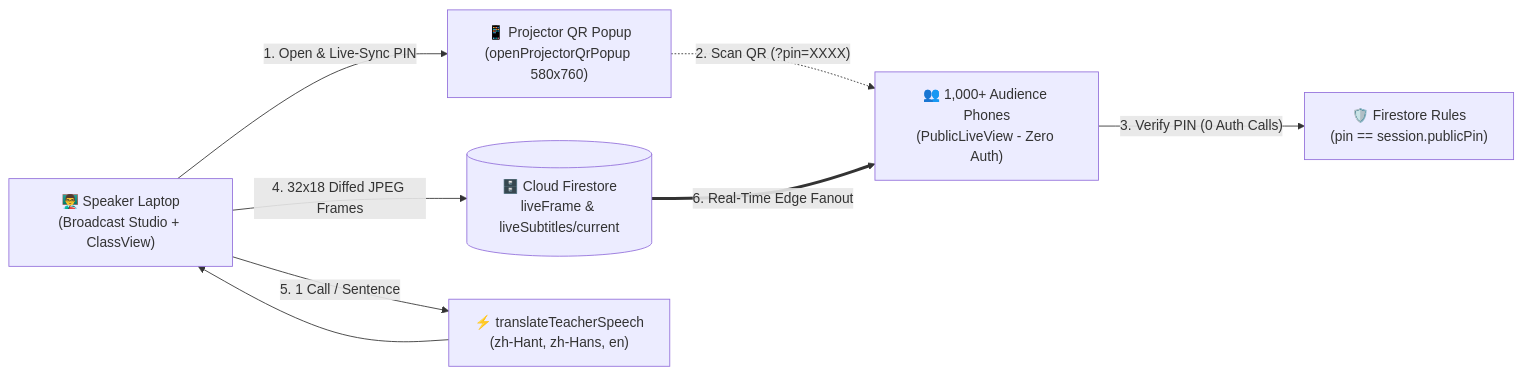
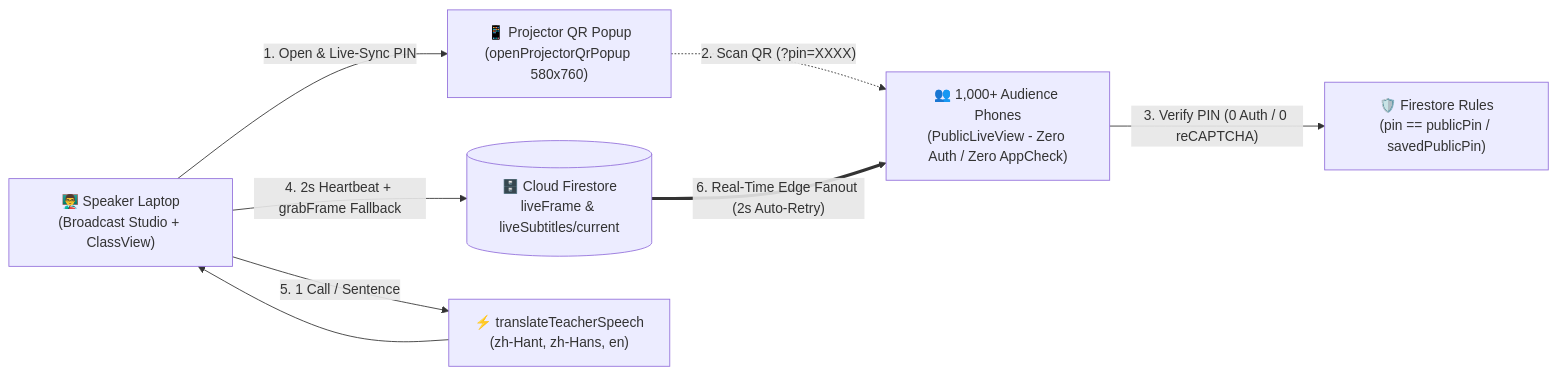
One commit to wongcyrus/Google-AI-Classroom changed the first of 3 diagrams in docs/recent-changes.md. Above: the diagram before and after it, drawn with Mermaid. The commit also changed other lines of this file and 4 other files, not shown here.

Commit message:
docs: update screen broadcast & zero-auth public live view reliability docs

````diff
--- a/docs/recent-changes.md
+++ b/docs/recent-changes.md
@@ -48,10 +56,10 @@
 ```mermaid
 flowchart LR
     Speaker["👨‍🏫 Speaker Laptop<br/>(Broadcast Studio + ClassView)"] -->|"1. Open & Live-Sync PIN"| Popup["📱 Projector QR Popup<br/>(openProjectorQrPopup 580x760)"]
-    Popup -.->|"2. Scan QR (?pin=XXXX)"| Audience["👥 1,000+ Audience Phones<br/>(PublicLiveView - Zero Auth)"]
-    Audience -->|"3. Verify PIN (0 Auth Calls)"| Rules["🛡️ Firestore Rules<br/>(pin == session.publicPin)"]
-    Speaker -->|"4. 32x18 Diffed JPEG Frames"| FS[("🗄️ Cloud Firestore<br/>liveFrame & liveSubtitles/current")]
+    Popup -.->|"2. Scan QR (?pin=XXXX)"| Audience["👥 1,000+ Audience Phones<br/>(PublicLiveView - Zero Auth / Zero AppCheck)"]
+    Audience -->|"3. Verify PIN (0 Auth / 0 reCAPTCHA)"| Rules["🛡️ Firestore Rules<br/>(pin == publicPin / savedPublicPin)"]
+    Speaker -->|"4. 2s Heartbeat + grabFrame Fallback"| FS[("🗄️ Cloud Firestore<br/>liveFrame & liveSubtitles/current")]
     Speaker -->|"5. 1 Call / Sentence"| CF["⚡ translateTeacherSpeech<br/>(zh-Hant, zh-Hans, en)"]
     CF --> Speaker
-    FS ==>|"6. Real-Time Edge Fanout"| Audience
+    FS ==>|"6. Real-Time Edge Fanout (2s Auto-Retry)"| Audience
 ```
````
